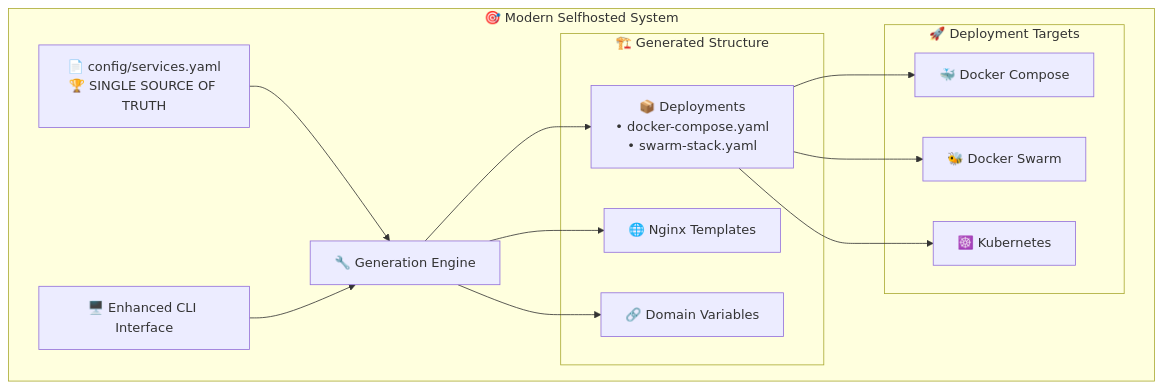
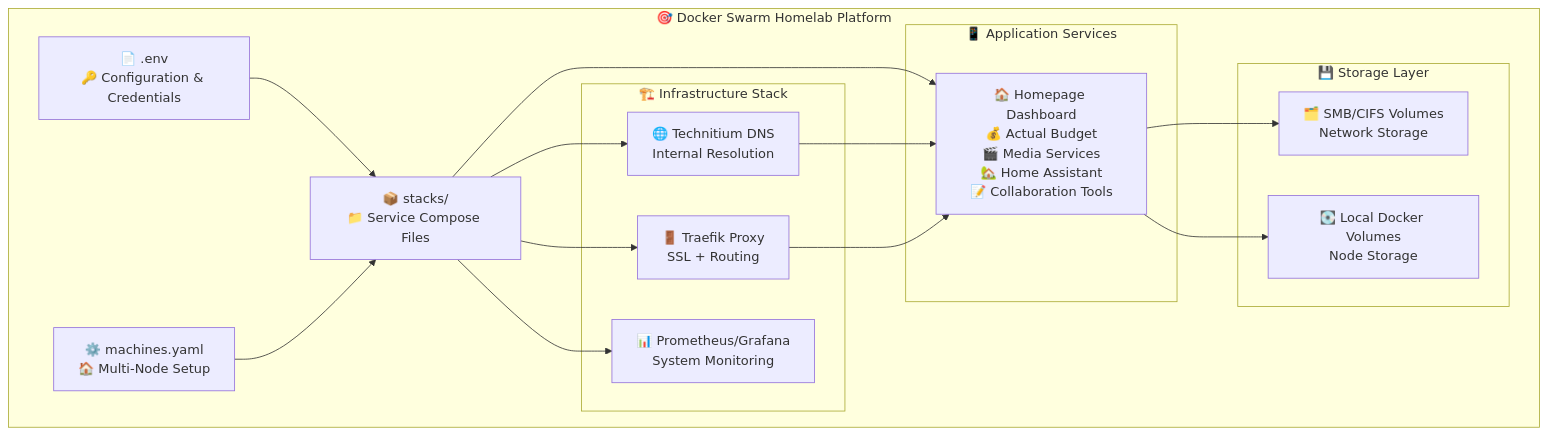
The diagram in docs/index.md (chutch3/homelab), drawn with Mermaid before and after one commit. The commit also changed other lines of this file and 106 other files, not shown here.

````diff
--- a/docs/index.md
+++ b/docs/index.md
@@ -168,30 +175,35 @@
 ```mermaid
 graph TB
-    subgraph "🎯 Modern Selfhosted System"
-        CONFIG["📄 config/services.yaml<br/>🏆 SINGLE SOURCE OF TRUTH"]
-        CLI["🖥️ Enhanced CLI Interface"]
-        GENERATOR["🔧 Generation Engine"]
+    subgraph "🎯 Docker Swarm Homelab Platform"
+        ENV["📄 .env<br/>🔑 Configuration & Credentials"]
+        MACHINES["⚙️ machines.yaml<br/>🏠 Multi-Node Setup"]
+        STACKS["📦 stacks/<br/>📁 Service Compose Files"]
 
-        subgraph "🏗️ Generated Structure"
-            DEPLOYMENTS["📦 Deployments<br/>• docker-compose.yaml<br/>• swarm-stack.yaml"]
-            NGINX["🌐 Nginx Templates"]
-            DOMAINS["🔗 Domain Variables"]
+        subgraph "🏗️ Infrastructure Stack"
+            DNS["🌐 Technitium DNS<br/>Internal Resolution"]
+            TRAEFIK["🚪 Traefik Proxy<br/>SSL + Routing"]
+            MONITORING["📊 Prometheus/Grafana<br/>System Monitoring"]
         end
 
-        subgraph "🚀 Deployment Targets"
-            COMPOSE["🐳 Docker Compose"]
-            SWARM["🐝 Docker Swarm"]
-            K8S["☸️ Kubernetes"]
+        subgraph "📱 Application Services"
+            APPS["🏠 Homepage Dashboard<br/>💰 Actual Budget<br/>🎬 Media Services<br/>🏡 Home Assistant<br/>📝 Collaboration Tools"]
+        end
+
+        subgraph "💾 Storage Layer"
+            CIFS["🗂️ SMB/CIFS Volumes<br/>Network Storage"]
+            LOCAL["💽 Local Docker Volumes<br/>Node Storage"]
         end
     end
 
-    CONFIG --> GENERATOR
-    CLI --> GENERATOR
-    GENERATOR --> DEPLOYMENTS
-    GENERATOR --> NGINX
-    GENERATOR --> DOMAINS
+    ENV --> STACKS
+    MACHINES --> STACKS
+    STACKS --> DNS
+    STACKS --> TRAEFIK
+    STACKS --> MONITORING
+    STACKS --> APPS
 
-    DEPLOYMENTS --> COMPOSE
-    DEPLOYMENTS --> SWARM
-    DEPLOYMENTS --> K8S
+    DNS --> APPS
+    TRAEFIK --> APPS
+    APPS --> CIFS
+    APPS --> LOCAL
 ```
````
